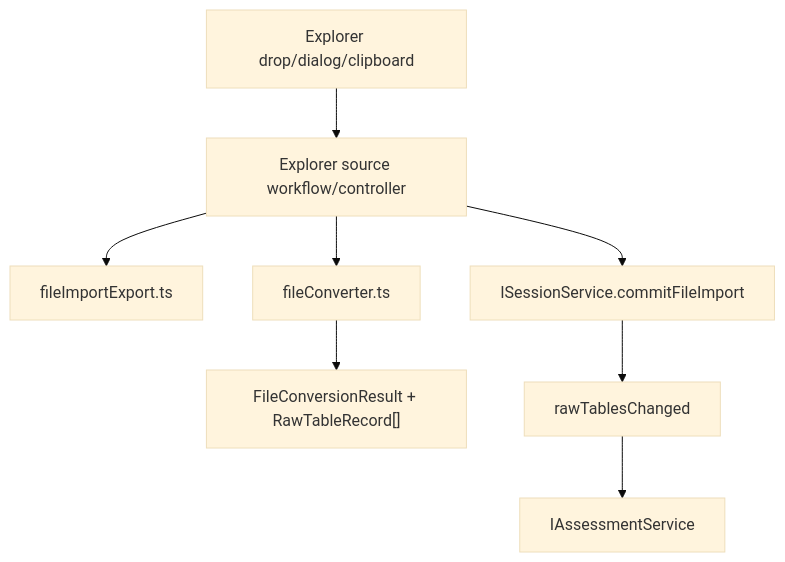
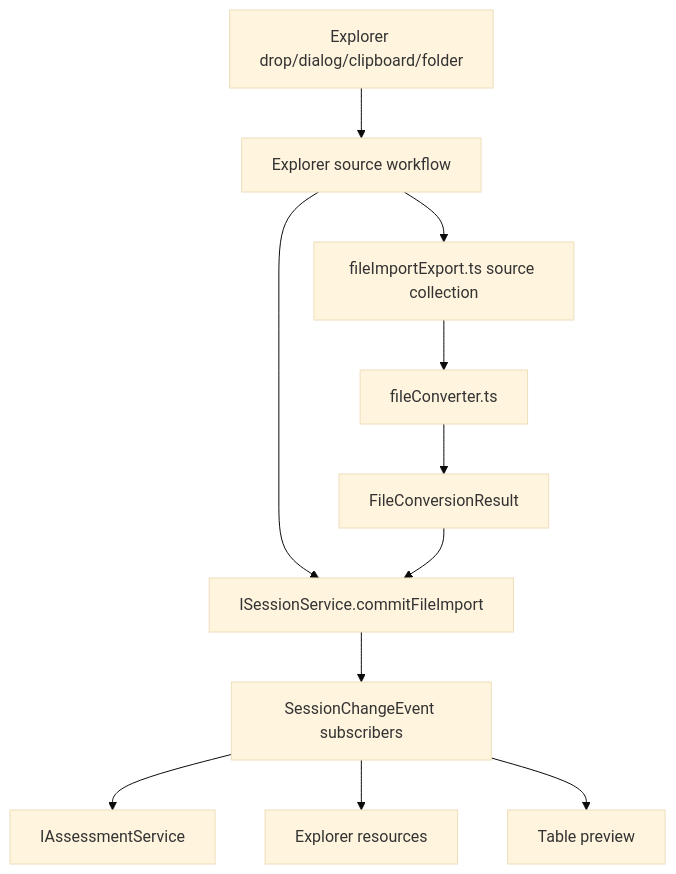
One commit to chogng/conductor changed the diagram in .github/instructions/files.instructions.md. Above: the diagram before and after it, drawn with Mermaid (base theme). The commit also changed other lines of this file and 12 other files, not shown here.

````diff
--- a/.github/instructions/files.instructions.md
+++ b/.github/instructions/files.instructions.md
@@ -223,10 +223,13 @@
 ```mermaid
 flowchart TD
-    UI[Explorer drop/dialog/clipboard] --> SourceWorkflow[Explorer source workflow/controller]
-    SourceWorkflow --> FileImportExport[fileImportExport.ts]
-    SourceWorkflow --> Converter[fileConverter.ts]
-    Converter --> RawTables["FileConversionResult + RawTableRecord[]"]
-    SourceWorkflow --> Session[ISessionService.commitFileImport]
-    Session --> Event[rawTablesChanged]
-    Event --> Assessment[IAssessmentService]
+    User[Explorer drop/dialog/clipboard/folder] --> Workflow[Explorer source workflow]
+    Workflow --> Source[fileImportExport.ts source collection]
+    Source --> Converter[fileConverter.ts]
+    Converter --> Result[FileConversionResult]
+    Workflow --> Session[ISessionService.commitFileImport]
+    Result --> Session
+    Session --> Consumers[SessionChangeEvent subscribers]
+    Consumers --> Assessment[IAssessmentService]
+    Consumers --> Explorer[Explorer resources]
+    Consumers --> Table[Table preview]
 ```
````
